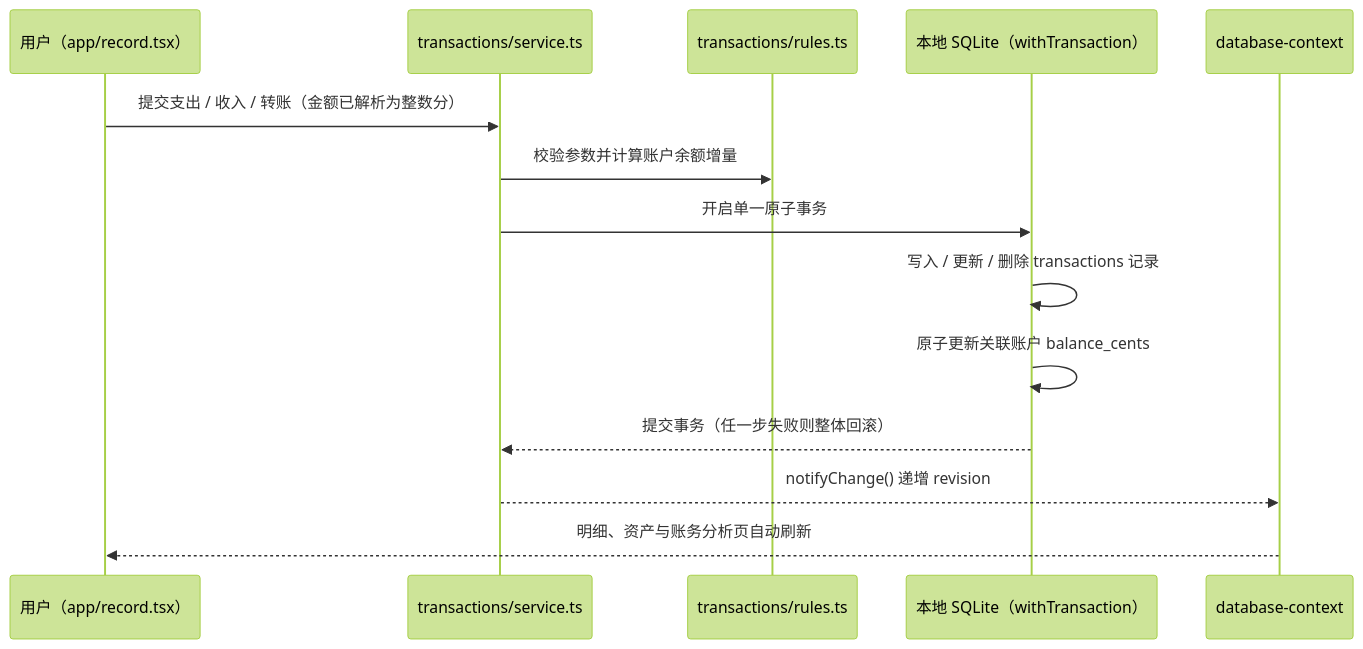
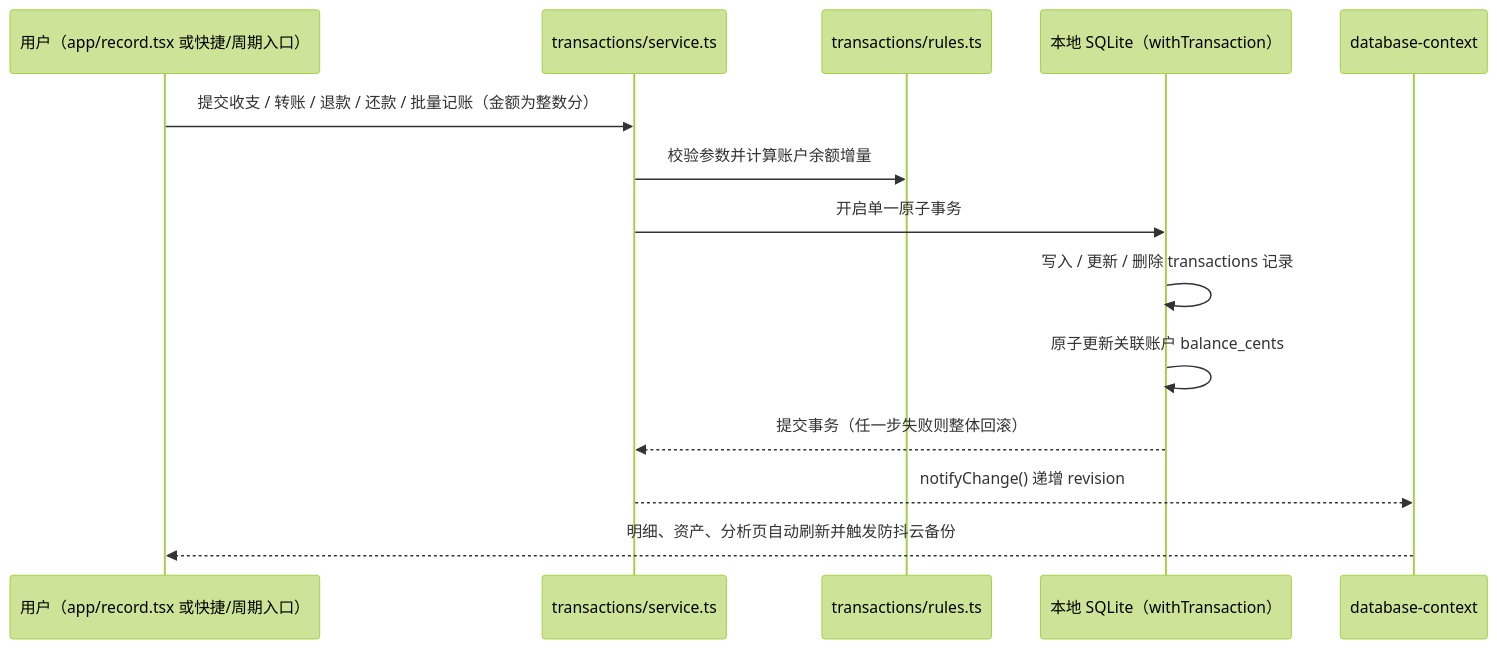
One commit to zerobiubiu/ZeroTally changed the second of 2 diagrams in README.md. Above: the diagram before and after it, drawn with Mermaid (forest theme). The commit also changed other lines of this file, not shown here.

````diff
--- a/README.md
+++ b/README.md
@@ -165,17 +178,17 @@
 ```mermaid
 sequenceDiagram
-  participant User as 用户（app/record.tsx）
+  participant User as 用户（app/record.tsx 或快捷/周期入口）
   participant Service as transactions/service.ts
   participant Rules as transactions/rules.ts
   participant SQLite as 本地 SQLite（withTransaction）
   participant Context as database-context
 
-  User->>Service: 提交支出 / 收入 / 转账（金额已解析为整数分）
+  User->>Service: 提交收支 / 转账 / 退款 / 还款 / 批量记账（金额为整数分）
   Service->>Rules: 校验参数并计算账户余额增量
   Service->>SQLite: 开启单一原子事务
   SQLite->>SQLite: 写入 / 更新 / 删除 transactions 记录
   SQLite->>SQLite: 原子更新关联账户 balance_cents
   SQLite-->>Service: 提交事务（任一步失败则整体回滚）
   Service-->>Context: notifyChange() 递增 revision
-  Context-->>User: 明细、资产与账务分析页自动刷新
+  Context-->>User: 明细、资产、分析页自动刷新并触发防抖云备份
 ```
````
